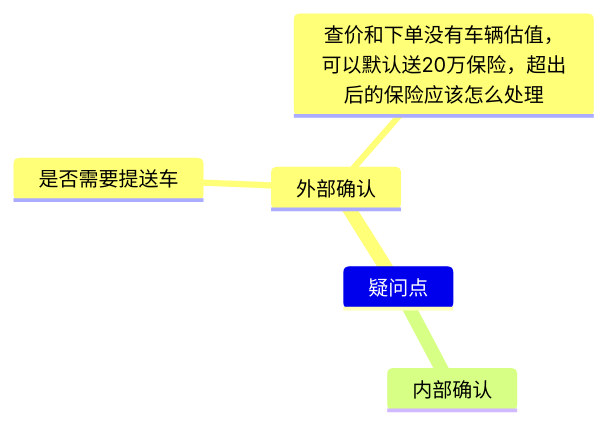
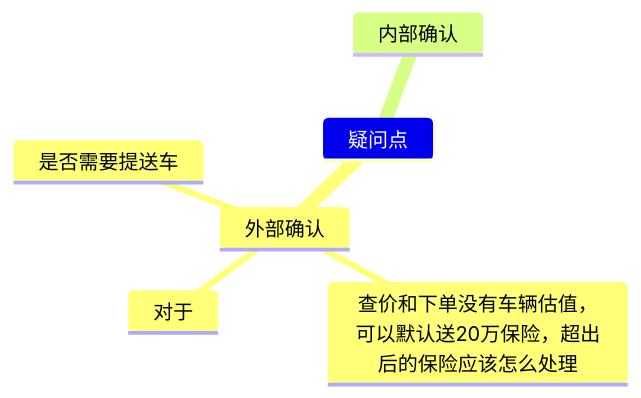
Before and after one commit to pingpm/mermaid_vault: the diagram in mmd/123_fd577967-5106-494e-bdae-c0afb858c4be.mmd, drawn with Mermaid. The commit also changed 2 other files, not shown here.

Commit message:
Sync Mermaid Studio data (12 diagrams)

```diff
--- a/mmd/123_fd577967-5106-494e-bdae-c0afb858c4be.mmd
+++ b/mmd/123_fd577967-5106-494e-bdae-c0afb858c4be.mmd
@@ -1,6 +1,7 @@
 mindmap
   疑问点
     外部确认
       是否需要提送车
       查价和下单没有车辆估值，可以默认送20万保险，超出后的保险应该怎么处理
+      对于
     内部确认
```
